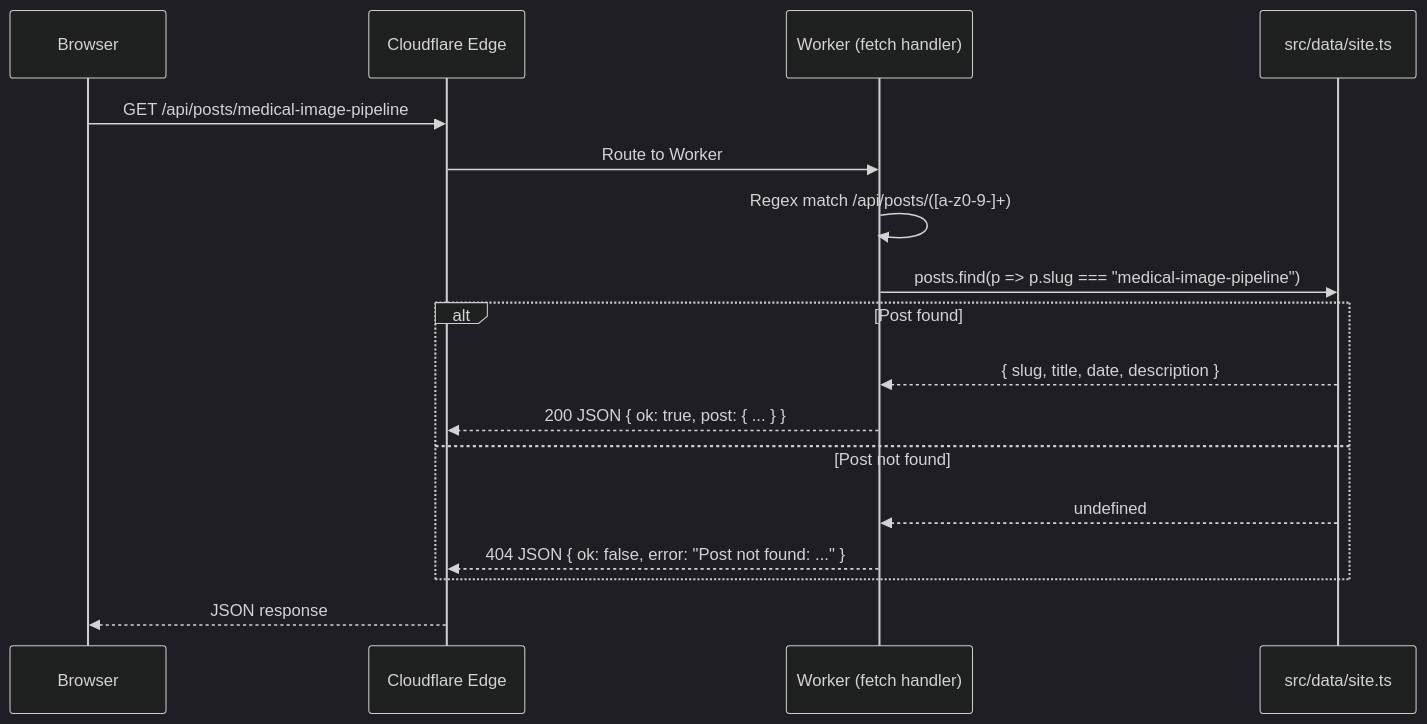
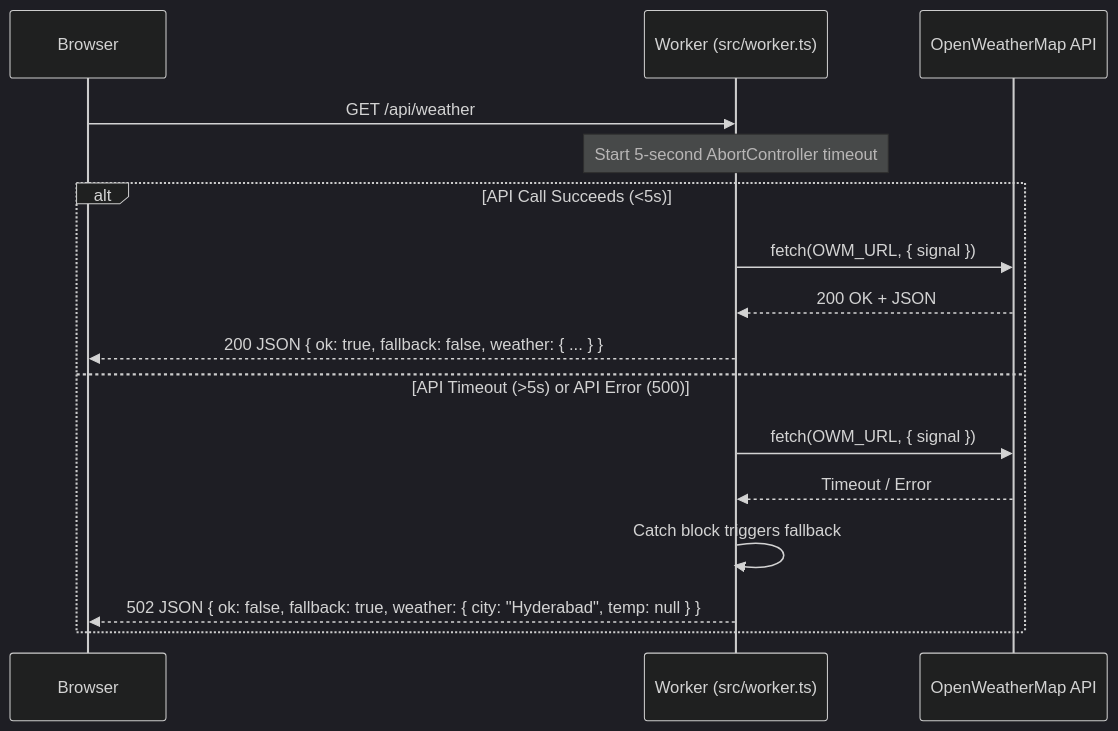
One commit to sricharanchowdary/sri-charan changed the third of 4 diagrams in SEQUENCE-DIAGRAMS.md. Above: the diagram before and after it, drawn with Mermaid (dark theme). The commit also changed other lines of this file and 4 other files, not shown here.

Commit message:
docs: add HLD, sequence diagrams, architecture tour, evals catalog, and decisions for AI feature

````diff
--- a/SEQUENCE-DIAGRAMS.md
+++ b/SEQUENCE-DIAGRAMS.md
@@ -69,23 +75,20 @@
 ```mermaid
 sequenceDiagram
     participant B as Browser
-    participant CF as Cloudflare Edge
-    participant W as Worker (fetch handler)
-    participant Data as src/data/site.ts
+    participant W as Worker (src/worker.ts)
+    participant OWM as OpenWeatherMap API
 
-    B->>CF: GET /api/posts/medical-image-pipeline
-    CF->>W: Route to Worker
+    B->>W: GET /api/weather
+    Note over W: Start 5-second AbortController timeout
 
-    W->>W: Regex match /api/posts/([a-z0-9-]+)
-    W->>Data: posts.find(p => p.slug === "medical-image-pipeline")
-
-    alt Post found
-        Data-->>W: { slug, title, date, description }
-        W-->>CF: 200 JSON { ok: true, post: { ... } }
-    else Post not found
-        Data-->>W: undefined
-        W-->>CF: 404 JSON { ok: false, error: "Post not found: ..." }
+    alt API Call Succeeds (<5s)
+        W->>OWM: fetch(OWM_URL, { signal })
+        OWM-->>W: 200 OK + JSON
+        W-->>B: 200 JSON { ok: true, fallback: false, weather: { ... } }
+    else API Timeout (>5s) or API Error (500)
+        W->>OWM: fetch(OWM_URL, { signal })
+        OWM-->>W: Timeout / Error
+        W->>W: Catch block triggers fallback
+        W-->>B: 502 JSON { ok: false, fallback: true, weather: { city: "Hyderabad", temp: null } }
     end
-
-    CF-->>B: JSON response
 ```
````
